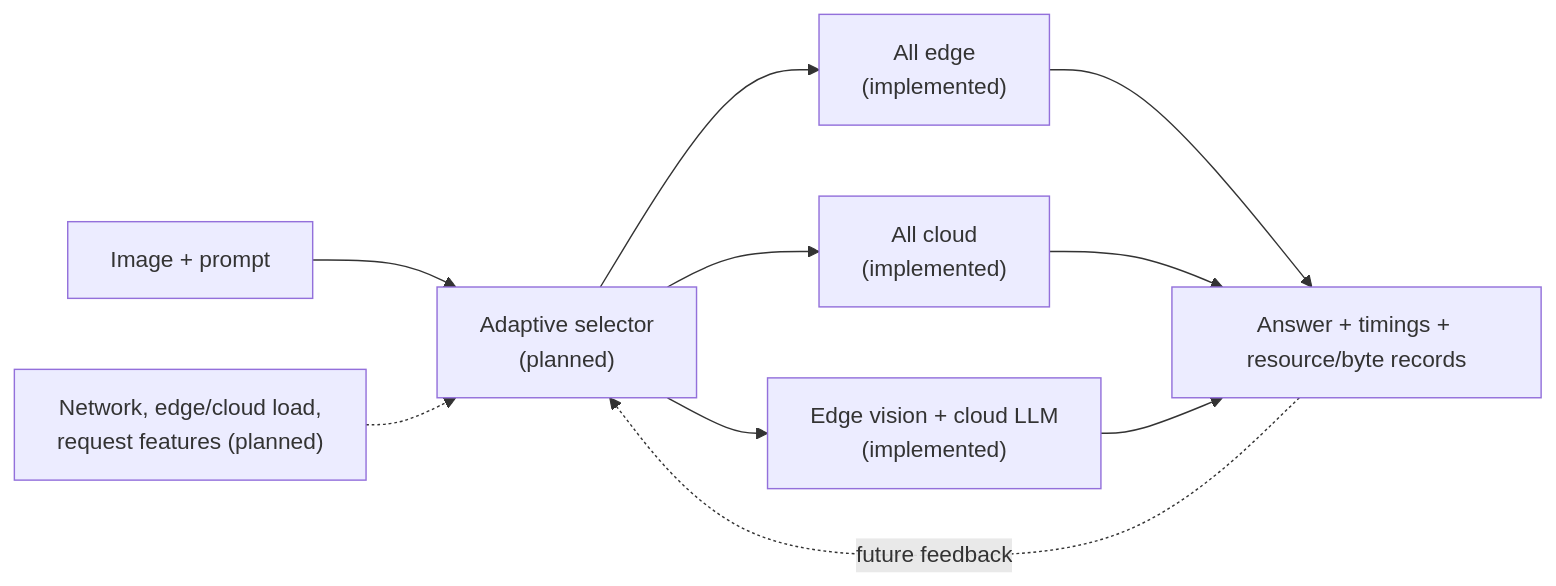
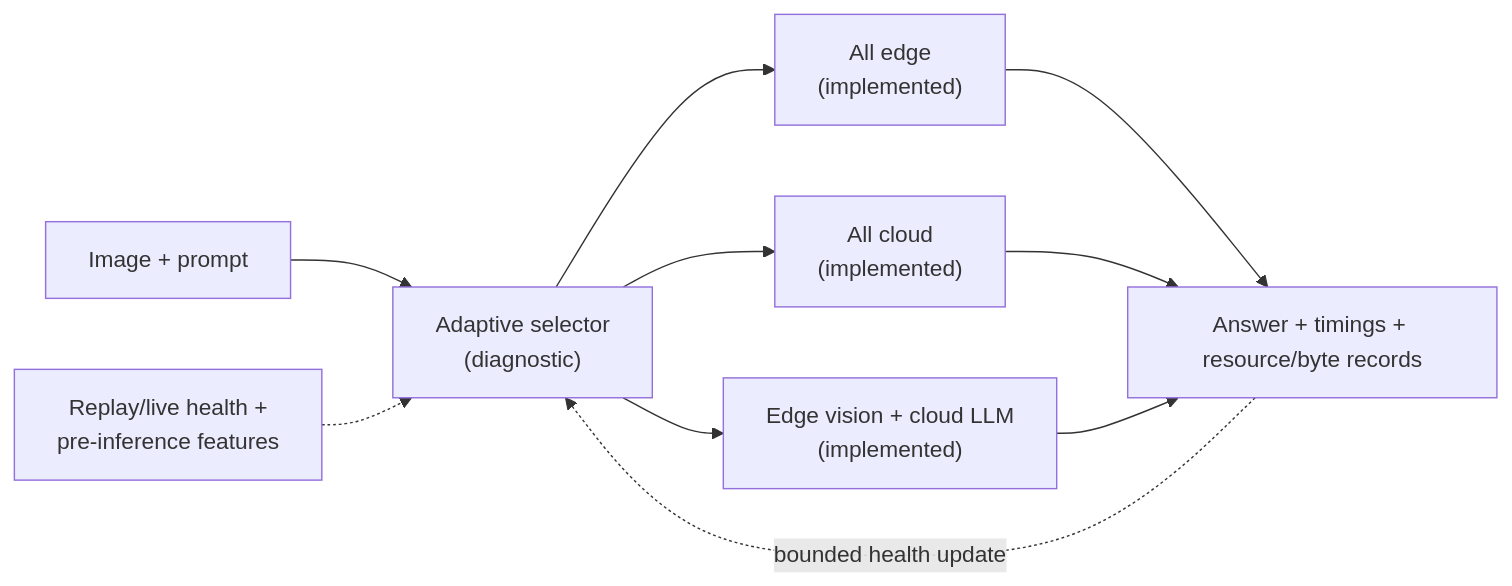
One commit to amaherr/adaptive-edge-cloud-vlm changed the first of 2 diagrams in README.md. Above: the diagram before and after it, drawn with Mermaid. The commit also changed other lines of this file and 4 other files, not shown here.

```diff
--- a/README.md
+++ b/README.md
@@ -23,12 +23,12 @@
 ~~~mermaid
 flowchart LR
-    R["Image + prompt"] --> S["Adaptive selector<br/>(planned)"]
-    T["Network, edge/cloud load,<br/>request features (planned)"] -.-> S
+    R["Image + prompt"] --> S["Adaptive selector<br/>(diagnostic)"]
+    T["Replay/live health +<br/>pre-inference features"] -.-> S
     S --> E["All edge<br/>(implemented)"]
     S --> C["All cloud<br/>(implemented)"]
     S --> D["Edge vision + cloud LLM<br/>(implemented)"]
     E --> O["Answer + timings + resource/byte records"]
     C --> O
     D --> O
-    O -. "future feedback" .-> S
+    O -. "bounded health update" .-> S
 ~~~
```
